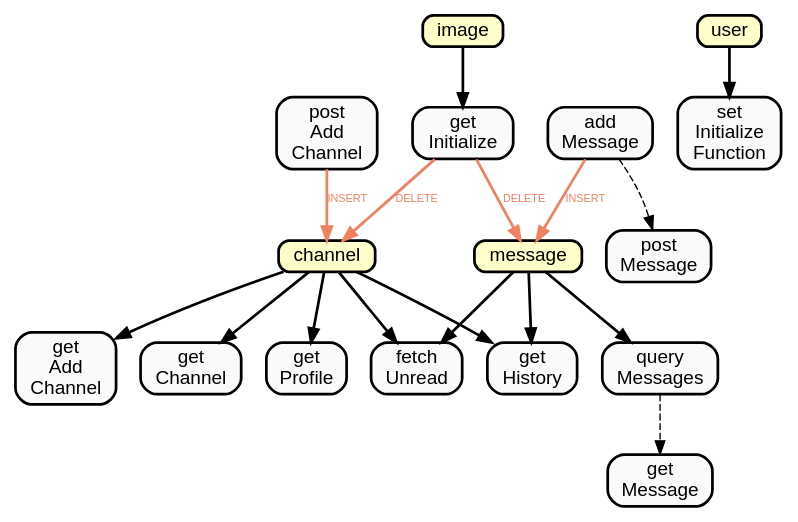
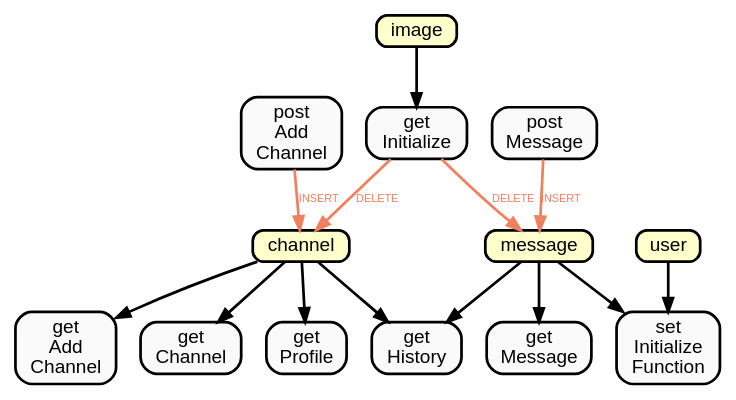
Before and after one commit to Muratam/isucon7q2019: the diagram in utils/sqlmap.dot, drawn with Graphviz. The commit also changed 4 other files, not shown here.

```diff
--- a/utils/sqlmap.dot
+++ b/utils/sqlmap.dot
@@ -1,85 +1,71 @@
 
     digraph  {
       layout = "dot";
       // overlap = false;
       // splines = true;
       node[
         // landscape = true,
         width = 0.2,
         height = 0.2,
         fontname = "Helvetica",
         style = "filled",
         fillcolor = "#fafafa",
         shape = box,
         style = "filled, bold, rounded"
       ];
       edge[
         len = 0.1,
         fontsize = "8",
         fontname = "Helvetica",
         style = "dashed",
     ];
-      queryMessages -> getMessage; 
-getMessage[label="get
-Message"];
-queryMessages[label="query
-Messages"];
-addMessage -> postMessage; 
-postMessage[label="post
-Message"];
-addMessage[label="add
-Message"];
-
+      
       user -> setInitializeFunction[style="bold"];
 user[label="user",shape=box, style="filled, bold, rounded", fillcolor="#ffffcc"];
+message -> setInitializeFunction[style="bold"];
+message[label="message",shape=box, style="filled, bold, rounded", fillcolor="#ffffcc"];
 setInitializeFunction[label="set
 Initialize
 Function"];
 getInitialize -> channel[style="bold",label="DELETE",color="#f08060",fontcolor="#f08060"];
 channel[label="channel",shape=box, style="filled, bold, rounded", fillcolor="#ffffcc"];
 getInitialize -> message[style="bold",label="DELETE",color="#f08060",fontcolor="#f08060"];
 message[label="message",shape=box, style="filled, bold, rounded", fillcolor="#ffffcc"];
 image -> getInitialize[style="bold"];
 image[label="image",shape=box, style="filled, bold, rounded", fillcolor="#ffffcc"];
 getInitialize[label="get
 Initialize"];
-channel -> fetchUnread[style="bold"];
-channel[label="channel",shape=box, style="filled, bold, rounded", fillcolor="#ffffcc"];
-message -> fetchUnread[style="bold"];
-message[label="message",shape=box, style="filled, bold, rounded", fillcolor="#ffffcc"];
-fetchUnread[label="fetch
-Unread"];
 message -> getHistory[style="bold"];
 message[label="message",shape=box, style="filled, bold, rounded", fillcolor="#ffffcc"];
 channel -> getHistory[style="bold"];
 channel[label="channel",shape=box, style="filled, bold, rounded", fillcolor="#ffffcc"];
 getHistory[label="get
 History"];
+message -> getMessage[style="bold"];
+message[label="message",shape=box, style="filled, bold, rounded", fillcolor="#ffffcc"];
+getMessage[label="get
+Message"];
 channel -> getProfile[style="bold"];
 channel[label="channel",shape=box, style="filled, bold, rounded", fillcolor="#ffffcc"];
 getProfile[label="get
 Profile"];
 channel -> getAddChannel[style="bold"];
 channel[label="channel",shape=box, style="filled, bold, rounded", fillcolor="#ffffcc"];
 getAddChannel[label="get
 Add
 Channel"];
 channel -> getChannel[style="bold"];
 channel[label="channel",shape=box, style="filled, bold, rounded", fillcolor="#ffffcc"];
 getChannel[label="get
 Channel"];
-message -> queryMessages[style="bold"];
-message[label="message",shape=box, style="filled, bold, rounded", fillcolor="#ffffcc"];
-queryMessages[label="query
-Messages"];
-addMessage -> message[style="bold",label="INSERT",color="#f08060",fontcolor="#f08060"];
-message[label="message",shape=box, style="filled, bold, rounded", fillcolor="#ffffcc"];
-addMessage[label="add
-Message"];
 postAddChannel -> channel[style="bold",label="INSERT",color="#f08060",fontcolor="#f08060"];
 channel[label="channel",shape=box, style="filled, bold, rounded", fillcolor="#ffffcc"];
 postAddChannel[label="post
 Add
 Channel"];
+postMessage -> message[style="bold",label="INSERT",color="#f08060",fontcolor="#f08060"];
+message[label="message",shape=box, style="filled, bold, rounded", fillcolor="#ffffcc"];
+postMessage[label="post
+Message"];
 
     }
```
